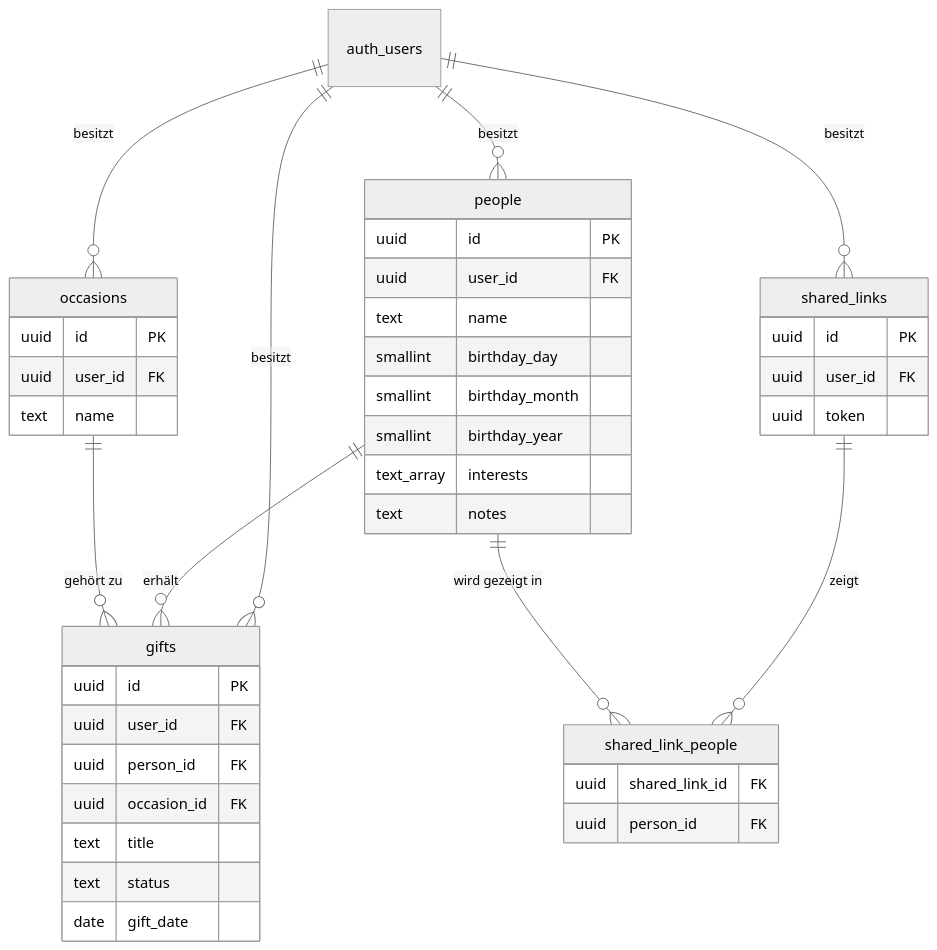
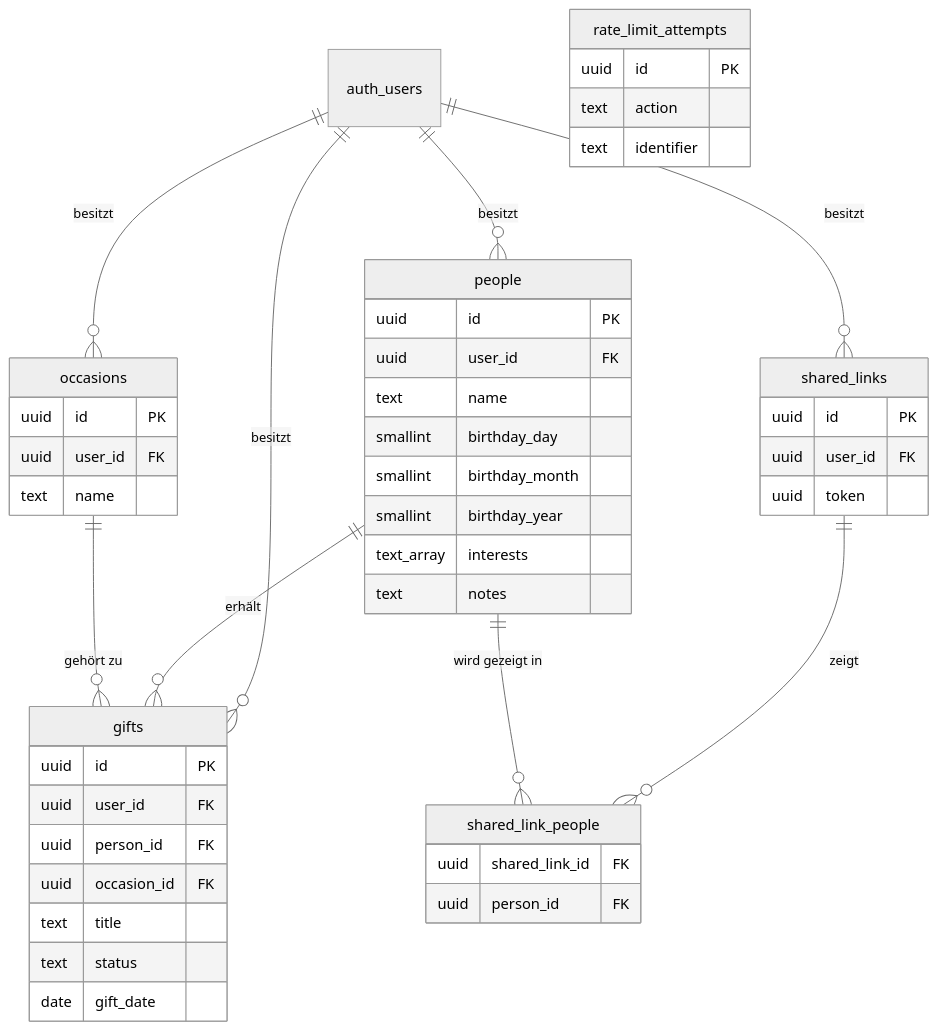
Before and after one commit to Projekt-ISEF01-Geschenke-Manager/ISEF01-Geschenke-Manager: the diagram in docs/database-schema.md, drawn with Mermaid (neutral theme). The commit also changed other lines of this file and 9 other files, not shown here.

````diff
--- a/docs/database-schema.md
+++ b/docs/database-schema.md
@@ -15,45 +16,50 @@
 ```mermaid
 erDiagram
     auth_users ||--o{ people : "besitzt"
     auth_users ||--o{ occasions : "besitzt"
     auth_users ||--o{ gifts : "besitzt"
     auth_users ||--o{ shared_links : "besitzt"
     people ||--o{ gifts : "erhält"
     occasions ||--o{ gifts : "gehört zu"
     shared_links ||--o{ shared_link_people : "zeigt"
     people ||--o{ shared_link_people : "wird gezeigt in"
 
     people {
         uuid id PK
         uuid user_id FK
         text name
         smallint birthday_day
         smallint birthday_month
         smallint birthday_year
         text_array interests
         text notes
     }
     occasions {
         uuid id PK
         uuid user_id FK
         text name
     }
     gifts {
         uuid id PK
         uuid user_id FK
         uuid person_id FK
         uuid occasion_id FK
         text title
         text status
         date gift_date
     }
     shared_links {
         uuid id PK
         uuid user_id FK
         uuid token
     }
     shared_link_people {
         uuid shared_link_id FK
         uuid person_id FK
     }
+    rate_limit_attempts {
+        uuid id PK
+        text action
+        text identifier
+    }
 ```
````
